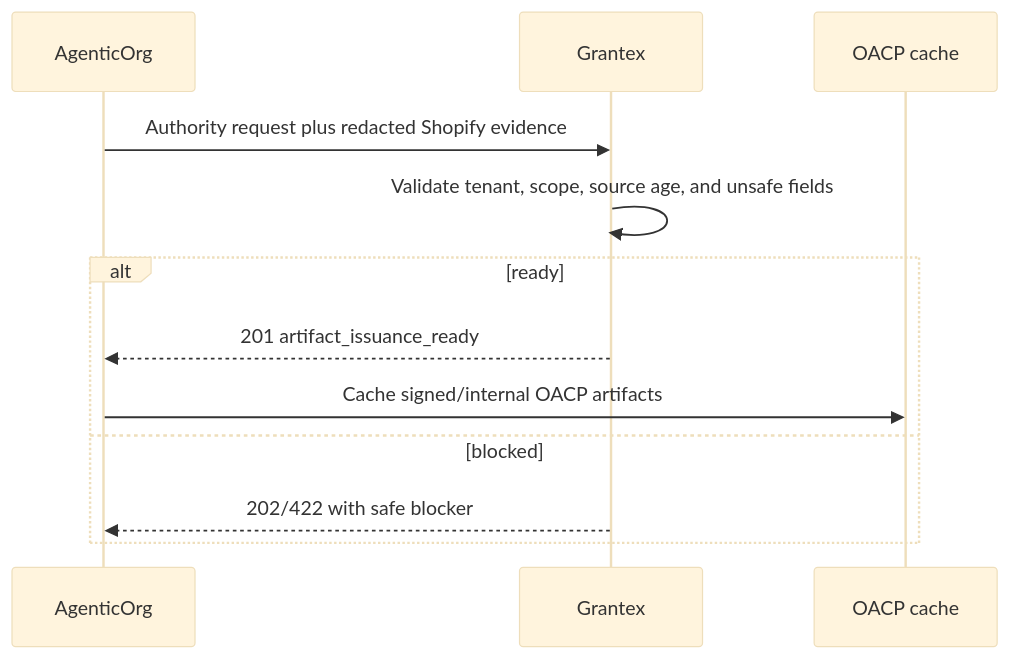
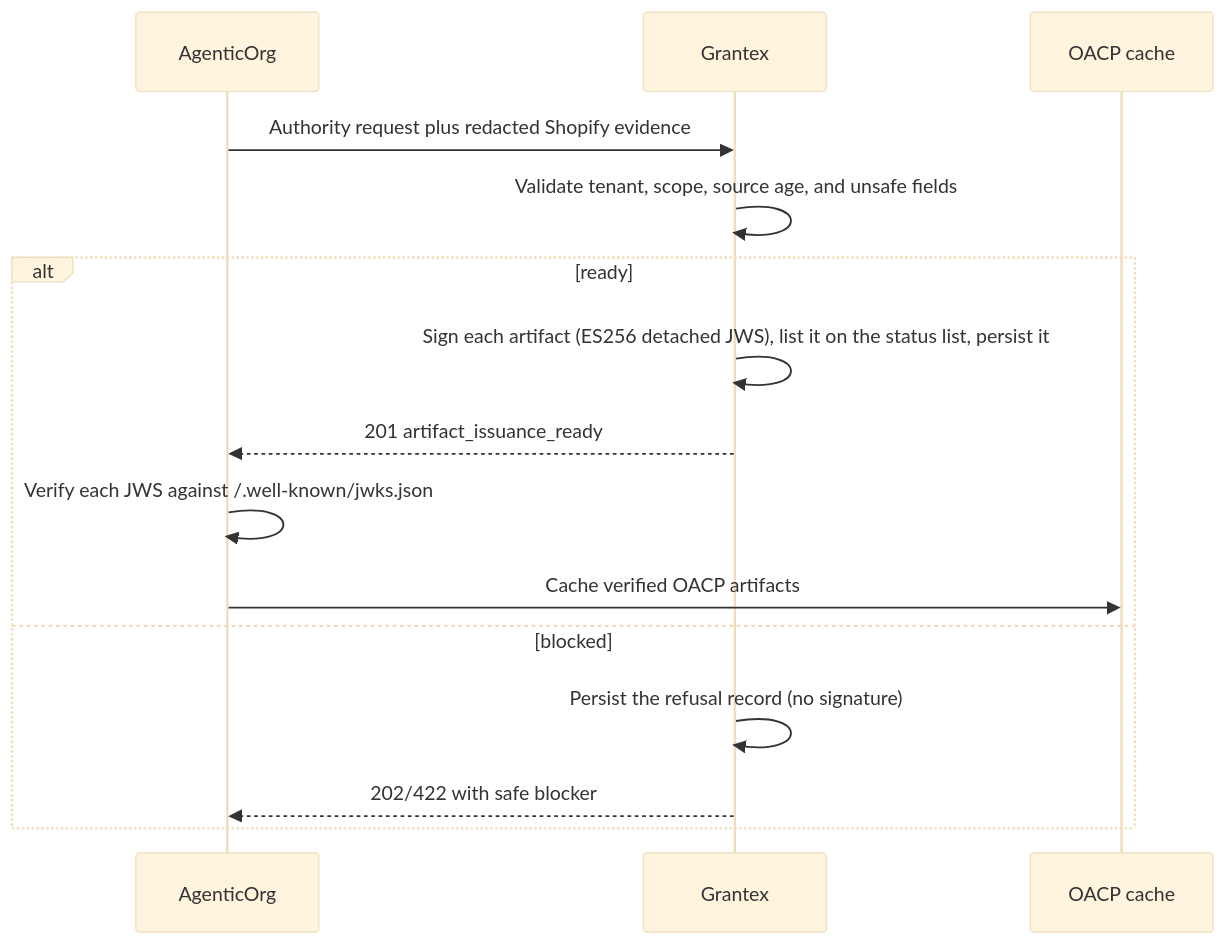
Before and after one commit to mishrasanjeev/grantex: the diagram in docs/guides/oacp/artifact-authority.mdx, drawn with Mermaid (base theme). The commit also changed other lines of this file and 33 other files, not shown here.

Commit message:
feat(oacp): ES256-signed, DB-keyed, persisted and revocable OACP artifacts (G1-G4)

````diff
--- a/docs/guides/oacp/artifact-authority.mdx
+++ b/docs/guides/oacp/artifact-authority.mdx
@@ -11,14 +11,17 @@
 ```mermaid
 sequenceDiagram
   participant A as AgenticOrg
   participant G as Grantex
   participant C as OACP cache
   A->>G: Authority request plus redacted Shopify evidence
   G->>G: Validate tenant, scope, source age, and unsafe fields
   alt ready
+    G->>G: Sign each artifact (ES256 detached JWS), list it on the status list, persist it
     G-->>A: 201 artifact_issuance_ready
-    A->>C: Cache signed/internal OACP artifacts
+    A->>A: Verify each JWS against /.well-known/jwks.json
+    A->>C: Cache verified OACP artifacts
   else blocked
+    G->>G: Persist the refusal record (no signature)
     G-->>A: 202/422 with safe blocker
   end
 ```
````
